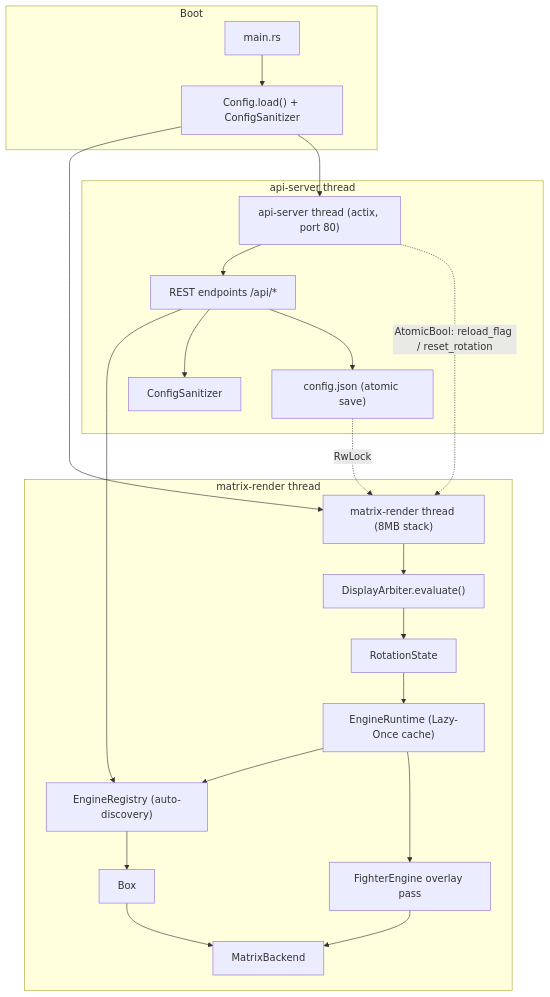
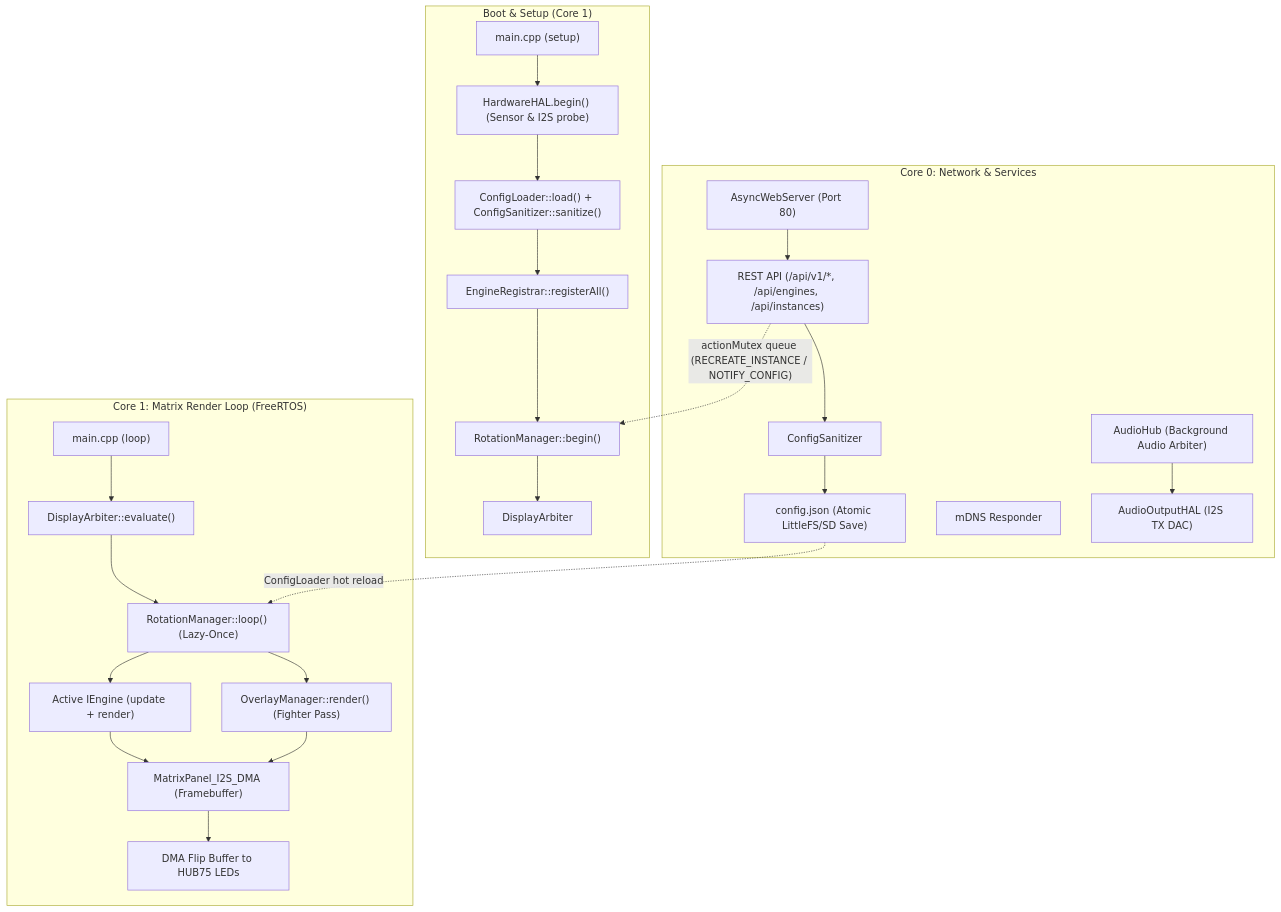
The diagram in docs/ARCHITECTURE.md (red77290/ArcadeMatrix), drawn with Mermaid before and after one commit. The commit also changed other lines of this file and 5 other files, not shown here.

Commit message:
docs(arch): resync ARCHITECTURE and CONFIGURATION with modern ESP32 C++ FreeRTOS contracts

````diff
--- a/docs/ARCHITECTURE.md
+++ b/docs/ARCHITECTURE.md
@@ -48,30 +49,33 @@
 ```mermaid
 flowchart TD
-    subgraph Boot
-        MAIN["main.rs"] --> CFG["Config.load() + ConfigSanitizer"]
+    subgraph Boot["Boot & Setup (Core 1)"]
+        MAIN["main.cpp (setup)"] --> HAL["HardwareHAL.begin() (Sensor & I2S probe)"]
+        HAL --> CFG["ConfigLoader::load() + ConfigSanitizer::sanitize()"]
+        CFG --> REG["EngineRegistrar::registerAll()"]
+        REG --> RM["RotationManager::begin()"]
+        RM --> ARB["DisplayArbiter"]
     end
 
-    CFG --> REND["matrix-render thread (8MB stack)"]
-    CFG --> API["api-server thread (actix, port 80)"]
-
-    subgraph RenderThread["matrix-render thread"]
-        REND --> ARB["DisplayArbiter.evaluate()"]
-        ARB --> ROT["RotationState"]
-        ROT --> RT["EngineRuntime (Lazy-Once cache)"]
-        RT --> REG["EngineRegistry (auto-discovery)"]
-        REG --> ENG["Box<dyn Engine>"]
-        ENG --> MX["MatrixBackend"]
-        RT --> OV["FighterEngine overlay pass"]
-        OV --> MX
+    subgraph Core0["Core 0: Network & Services"]
+        WS["AsyncWebServer (Port 80)"]
+        WS --> API["REST API (/api/v1/*, /api/engines, /api/instances)"]
+        API --> SAN["ConfigSanitizer"]
+        SAN --> SAVE["config.json (Atomic LittleFS/SD Save)"]
+        MDNS["mDNS Responder"]
+        AH["AudioHub (Background Audio Arbiter)"]
+        AH --> AHAL["AudioOutputHAL (I2S TX DAC)"]
     end
 
-    subgraph ApiThread["api-server thread"]
-        API --> EP["REST endpoints /api/*"]
-        EP --> REG
-        EP --> SAN["ConfigSanitizer"]
-        EP --> SAVE["config.json (atomic save)"]
+    subgraph Core1["Core 1: Matrix Render Loop (FreeRTOS)"]
+        LOOP["main.cpp (loop)"] --> ARB_EVAL["DisplayArbiter::evaluate()"]
+        ARB_EVAL --> RM_LOOP["RotationManager::loop() (Lazy-Once)"]
+        RM_LOOP --> ENG["Active IEngine (update + render)"]
+        ENG --> MATRIX["MatrixPanel_I2S_DMA (Framebuffer)"]
+        RM_LOOP --> OV["OverlayManager::render() (Fighter Pass)"]
+        OV --> MATRIX
+        MATRIX --> DMA["DMA Flip Buffer to HUB75 LEDs"]
     end
 
-    API -.->|"AtomicBool: reload_flag / reset_rotation"| REND
-    SAVE -.->|"RwLock<ConfigSettings>"| REND
+    API -.->|"actionMutex queue (RECREATE_INSTANCE / NOTIFY_CONFIG)"| RM
+    SAVE -.->|"ConfigLoader hot reload"| RM_LOOP
 ```
````
